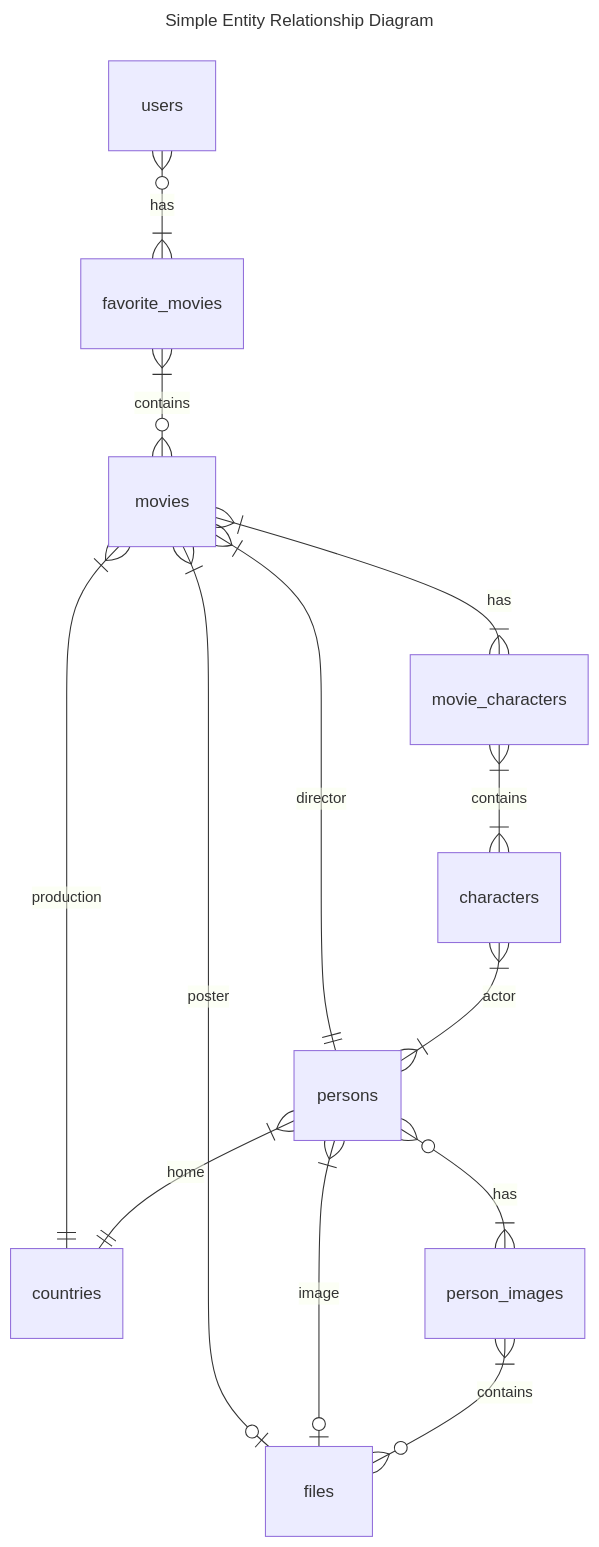
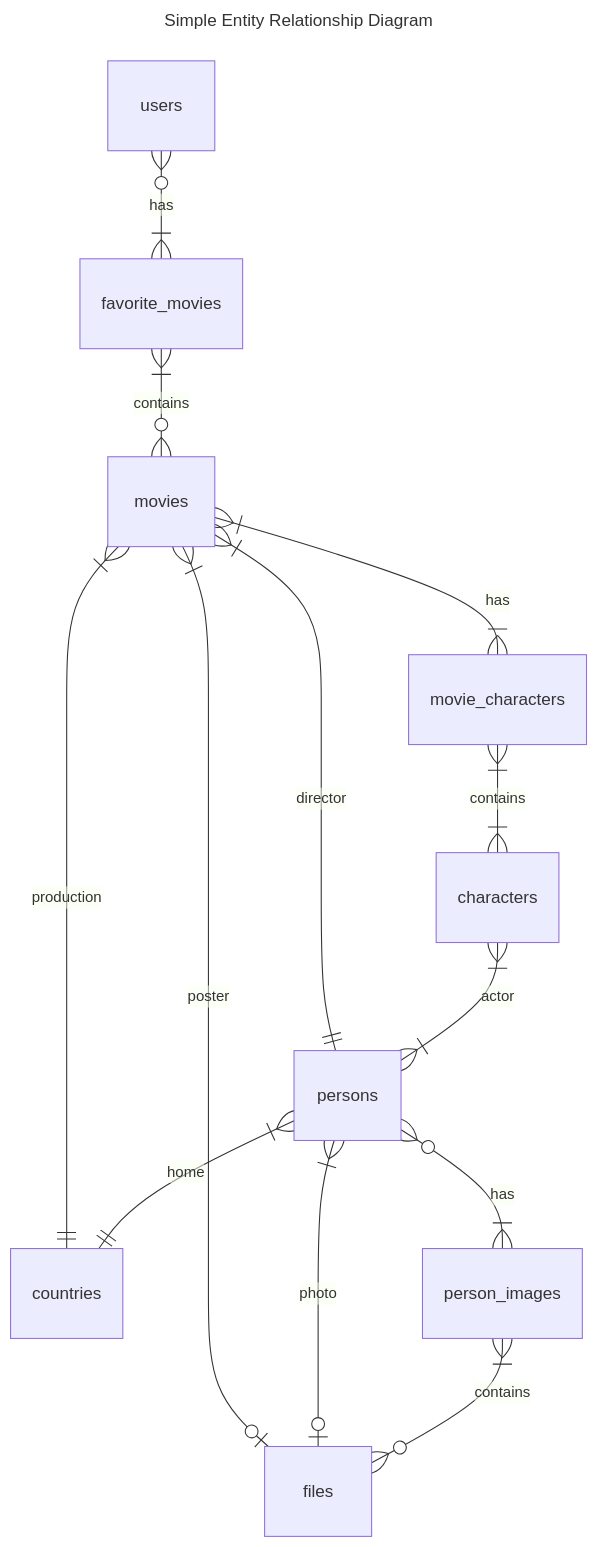
Before and after one commit to KeidsID/bsa-2024-db-sql: the first of 2 diagrams in README.md, drawn with Mermaid. The commit also changed other lines of this file and 1 other file, not shown here.

````diff
--- a/README.md
+++ b/README.md
@@ -7,21 +10,21 @@
 ```mermaid
 ---
 title: Simple Entity Relationship Diagram
 ---
 erDiagram
   users }o--|{ favorite_movies : has
   favorite_movies }|--o{ movies : contains
 
   movies }|--|| persons : director
   movies }|--|| countries : production
   movies }|--o| files : poster
   movies }|--|{ movie_characters : has
   movie_characters }|--|{ characters : contains
 
   persons }|--|| countries : home
-  persons }|--o| files : image
+  persons }|--o| files : photo
   persons }o--|{ person_images: has
   person_images }|--o{ files : contains
 
   characters }|--|{ persons : actor
 ```
````
